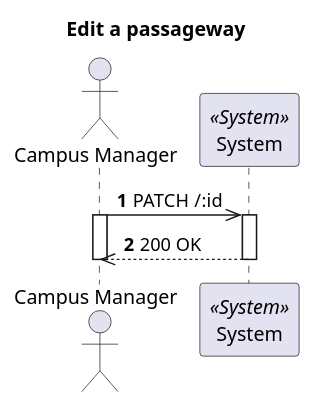
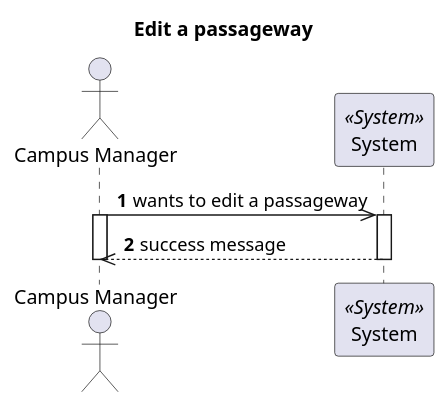
One commit to 1210910/lapr5 changed the diagram in docs/VistaProcesso/US250(1180)/ProcessView_Level1_US250_1180.puml. Above: the diagram before and after it, drawn with PlantUML. The commit also changed 14 other files, not shown here.

Commit message:
Fixed diagrams (communication user/system)

```diff
--- a/docs/VistaProcesso/US250(1180)/ProcessView_Level1_US250_1180.puml
+++ b/docs/VistaProcesso/US250(1180)/ProcessView_Level1_US250_1180.puml
@@ -1,22 +1,22 @@
 @startuml Process View - Level 1 - Edit a passageway
 'https://plantuml.com/sequence-diagram
 
 autonumber
 skinparam packageStyle rect
 
 title Edit a passageway
 
 actor "Campus Manager" as CM
 participant "System" as Sys <<System>>
 
-CM->> Sys : PATCH /:id
+CM->> Sys : wants to edit a passageway
 
 activate CM
 activate Sys
 
-CM<<--Sys : 200 OK
+CM<<--Sys : success message
 
 deactivate Sys
 deactivate CM
 
 @enduml
```
